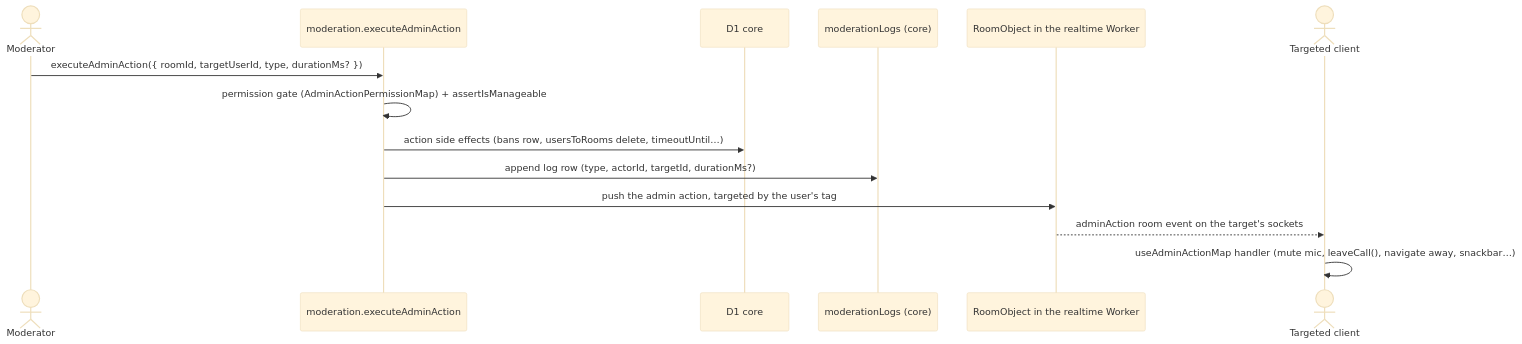
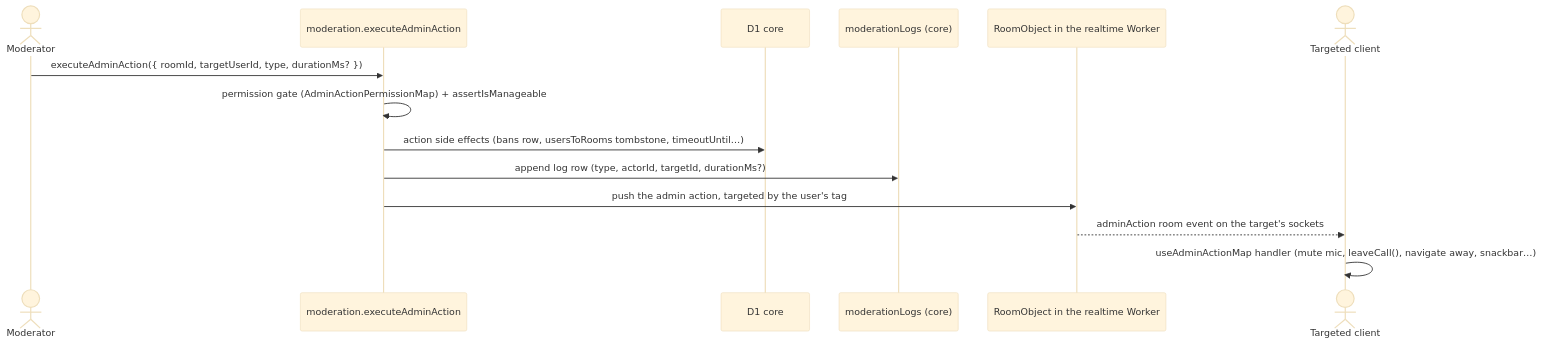
One commit to Esposter/Esposter changed the diagram in openspec/specs/esbabbler/moderation/design.md. Above: the diagram before and after it, drawn with Mermaid (base theme). The commit also changed other lines of this file and 11 other files, not shown here.

````diff
--- a/openspec/specs/esbabbler/moderation/design.md
+++ b/openspec/specs/esbabbler/moderation/design.md
@@ -9,17 +9,17 @@
 ```mermaid
 sequenceDiagram
     actor Mod as Moderator
     participant R as moderation.executeAdminAction
     participant DB as D1 core
     participant ML as moderationLogs (core)
     participant O as RoomObject in the realtime Worker
     actor T as Targeted client
 
     Mod->>R: executeAdminAction({ roomId, targetUserId, type, durationMs? })
     R->>R: permission gate (AdminActionPermissionMap) + assertIsManageable
-    R->>DB: action side effects (bans row, usersToRooms delete, timeoutUntil…)
+    R->>DB: action side effects (bans row, usersToRooms tombstone, timeoutUntil…)
     R->>ML: append log row (type, actorId, targetId, durationMs?)
     R->>O: push the admin action, targeted by the user's tag
     O-->>T: adminAction room event on the target's sockets
     T->>T: useAdminActionMap handler (mute mic, leaveCall(), navigate away, snackbar…)
 ```
````
